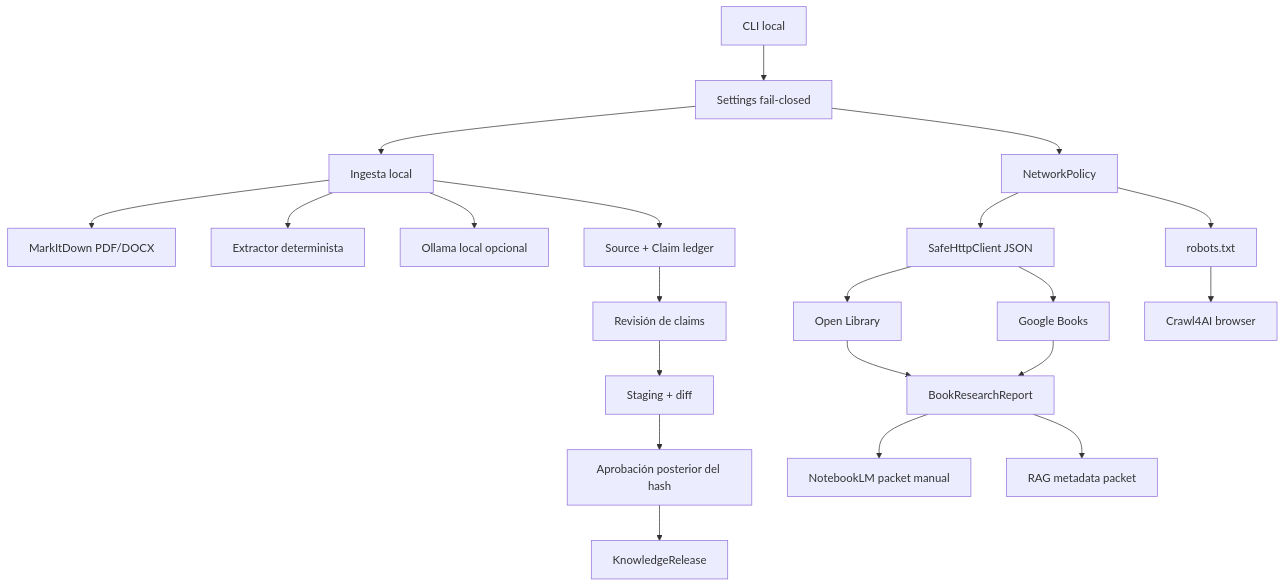
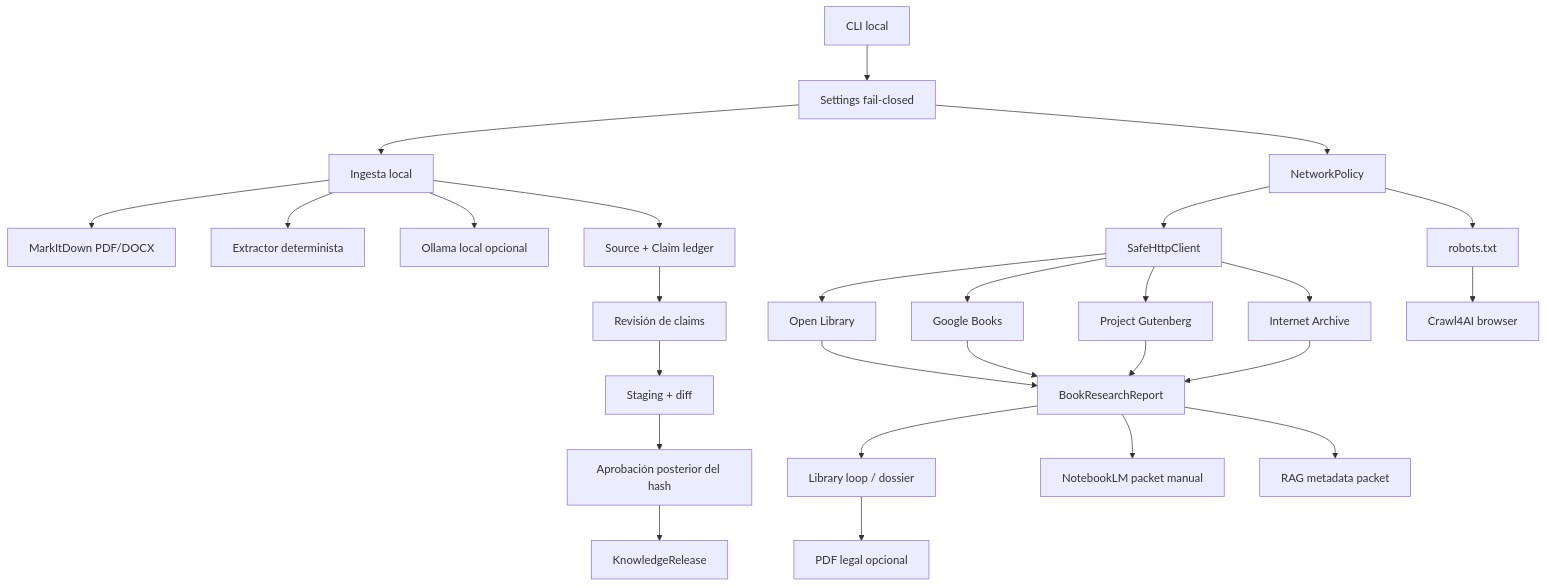
The diagram in 13-sales-knowledge-curator/docs/humano/ARCHITECTURE.md (Cristrva1/BL_Loops), drawn with Mermaid before and after one commit. The commit also changed other lines of this file and 366 other files, not shown here.

````diff
--- a/13-sales-knowledge-curator/docs/humano/ARCHITECTURE.md
+++ b/13-sales-knowledge-curator/docs/humano/ARCHITECTURE.md
@@ -8,25 +8,31 @@
 ```mermaid
 flowchart TB
     CLI[CLI local] --> CFG[Settings fail-closed]
     CFG --> FS[Ingesta local]
     CFG --> NP[NetworkPolicy]
     FS --> DOC[MarkItDown PDF/DOCX]
     FS --> DET[Extractor determinista]
     FS --> OLL[Ollama local opcional]
-    NP --> HTTP[SafeHttpClient JSON]
+    NP --> HTTP[SafeHttpClient]
     HTTP --> OL[Open Library]
     HTTP --> GB[Google Books]
+    HTTP --> PG[Project Gutenberg]
+    HTTP --> IA[Internet Archive]
     NP --> ROB[robots.txt]
     ROB --> C4[Crawl4AI browser]
 
     OL --> REP[BookResearchReport]
     GB --> REP
+    PG --> REP
+    IA --> REP
+    REP --> LIB[Library loop / dossier]
+    LIB --> COPY[PDF legal opcional]
     REP --> NB[NotebookLM packet manual]
     REP --> RAG[RAG metadata packet]
 
     FS --> LEDGER[Source + Claim ledger]
     LEDGER --> REVIEW[Revisión de claims]
     REVIEW --> STAGE[Staging + diff]
     STAGE --> APPROVE[Aprobación posterior del hash]
     APPROVE --> RELEASE[KnowledgeRelease]
 ```
````
